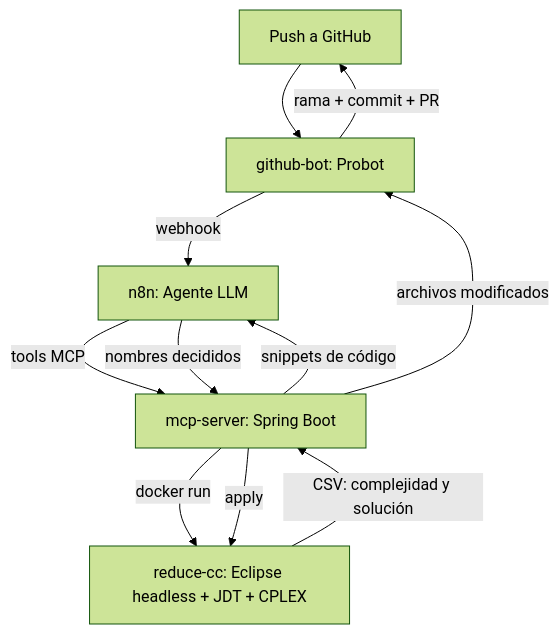
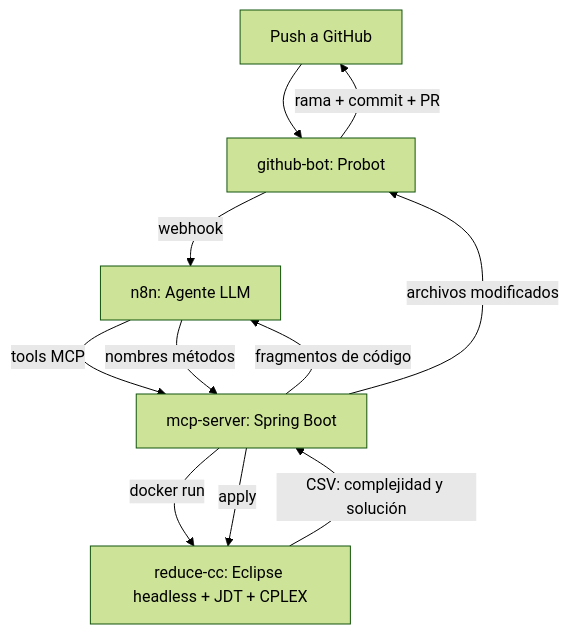
Before and after one commit to avarela24/tfg-refactor: the diagram in README.md, drawn with Mermaid (forest theme). The commit also changed other lines of this file, not shown here.

````diff
--- a/README.md
+++ b/README.md
@@ -9,13 +9,13 @@
 ```mermaid
 flowchart TD
     A[Push a GitHub] --> B[github-bot: Probot]
     B -->|webhook| C[n8n: Agente LLM]
     C -->|tools MCP| D[mcp-server: Spring Boot]
     D -->|docker run| E[reduce-cc: Eclipse headless + JDT + CPLEX]
     E -->|CSV: complejidad y solución| D
-    D -->|snippets de código| C
-    C -->|nombres decididos| D
+    D -->|fragmentos de código| C
+    C -->|nombres métodos| D
     D -->|apply| E
     D -->|archivos modificados| B
     B -->|rama + commit + PR| A
 ```
````
